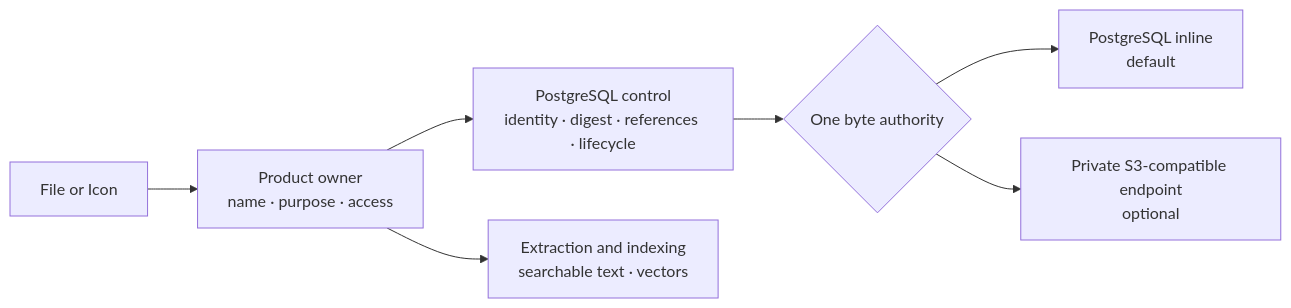
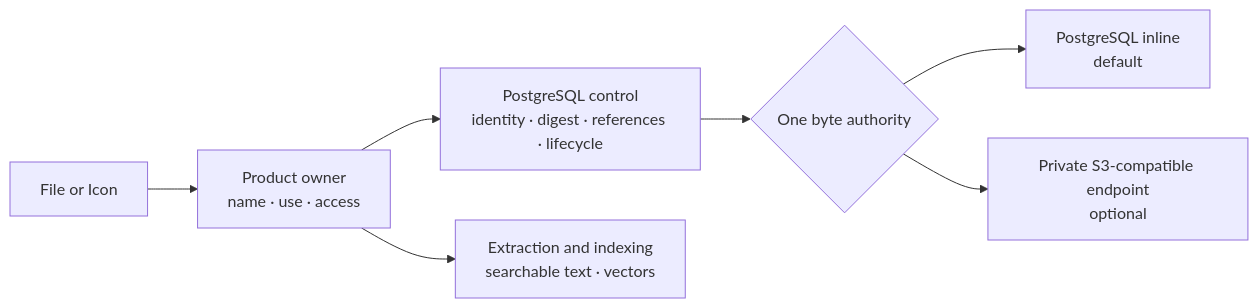
Before and after one commit to eneo-ai/eneo: the first of 2 diagrams in frontend/apps/docs-site/src/content/guides/object-content-storage.mdx, drawn with Mermaid. The commit also changed other lines of this file and 17 other files, not shown here.

````diff
--- a/frontend/apps/docs-site/src/content/guides/object-content-storage.mdx
+++ b/frontend/apps/docs-site/src/content/guides/object-content-storage.mdx
@@ -28,9 +28,9 @@
 ```mermaid
 flowchart LR
-  upload["File or Icon"] --> owner["Product owner\nname · purpose · access"]
+  upload["File or Icon"] --> owner["Product owner\nname · use · access"]
   owner --> control["PostgreSQL control\nidentity · digest · references · lifecycle"]
   control --> bytes{"One byte authority"}
   bytes --> inline["PostgreSQL inline\ndefault"]
   bytes --> remote["Private S3-compatible endpoint\noptional"]
   owner --> knowledge["Extraction and indexing\nsearchable text · vectors"]
 ```
````
